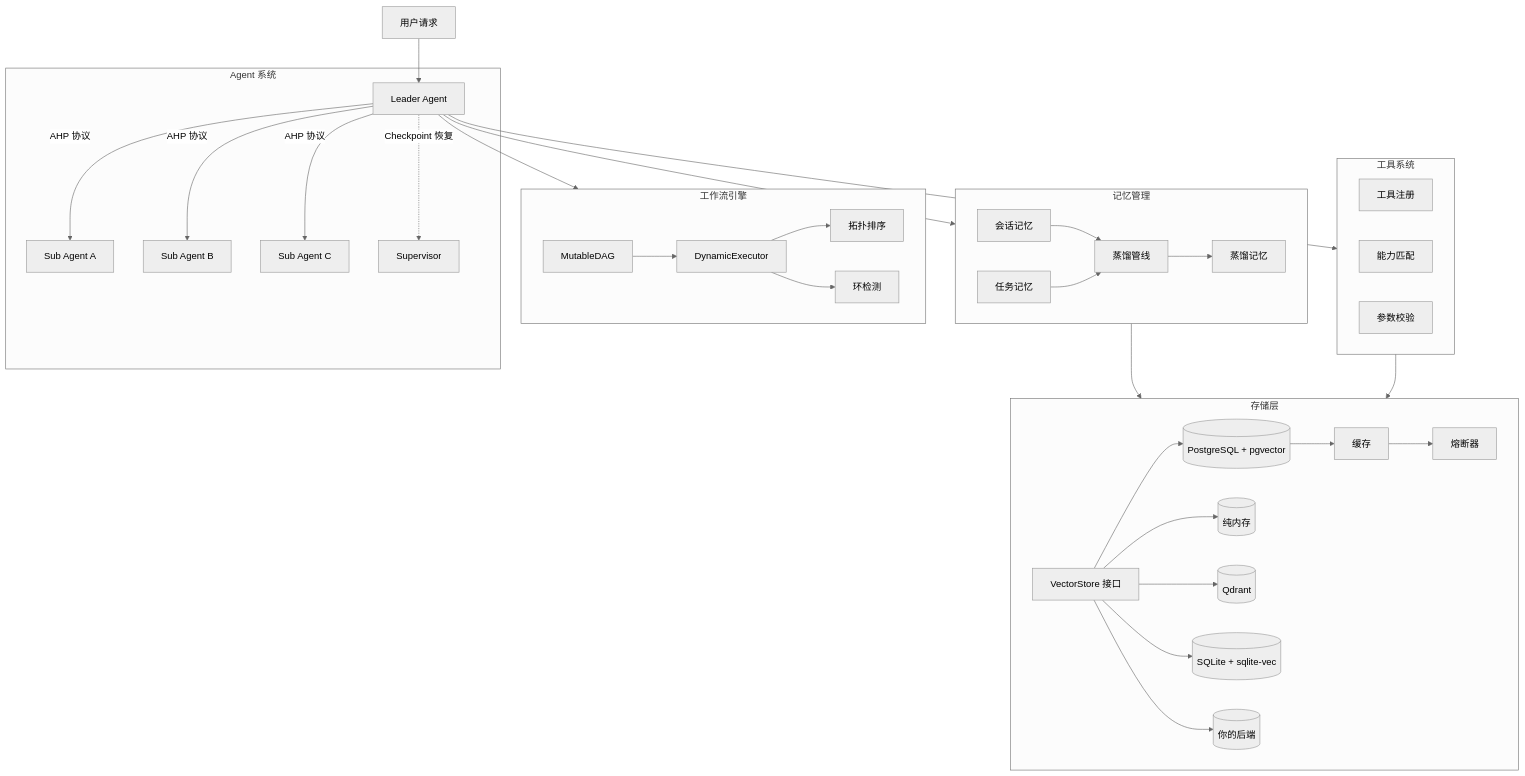
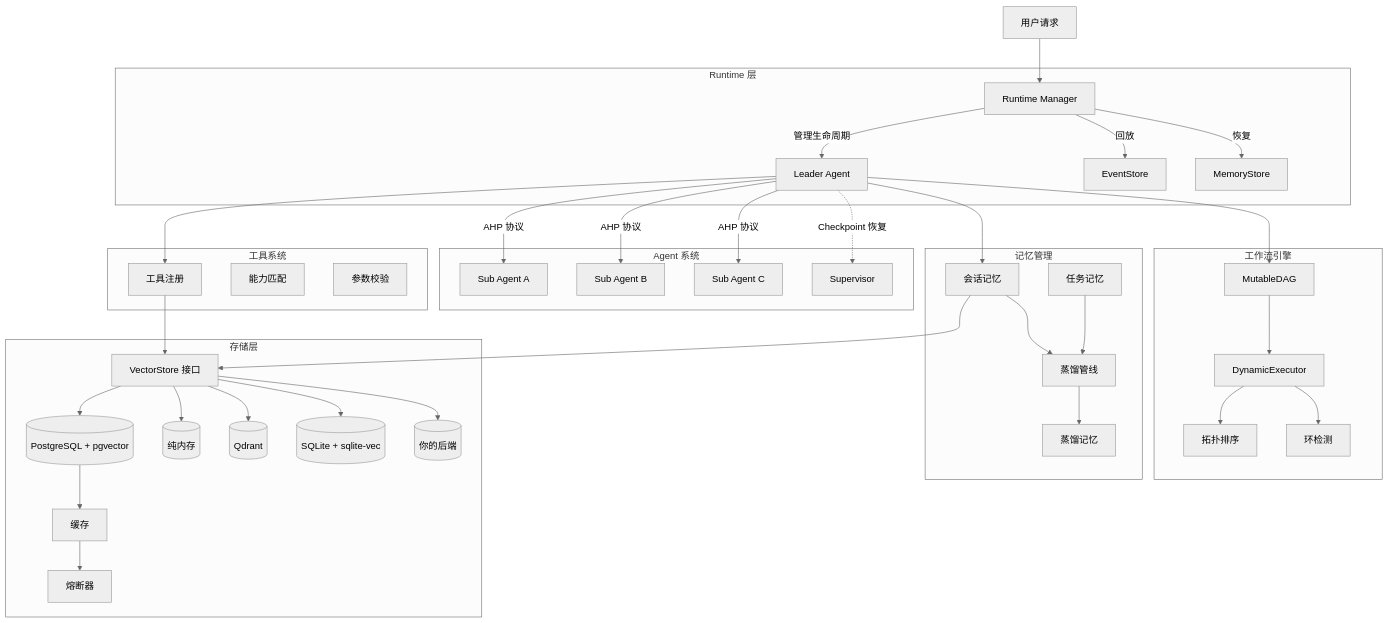
Before and after one commit to Timwood0x10/ARES: the first of 2 diagrams in README_CN.md, drawn with Mermaid (neutral theme). The commit also changed other lines of this file and 117 other files, not shown here.

````diff
--- a/README_CN.md
+++ b/README_CN.md
@@ -19,59 +21,66 @@
 ```mermaid
 graph TB
-    User[用户请求] --> Leader
+    User["用户请求"] --> RT
 
-    subgraph Agent 系统
-        Leader[Leader Agent]
-        Leader -->|AHP 协议| SubA[Sub Agent A]
-        Leader -->|AHP 协议| SubB[Sub Agent B]
-        Leader -->|AHP 协议| SubC[Sub Agent C]
-        Leader -.->|Checkpoint 恢复| Supervisor[Supervisor]
+    subgraph runtime ["Runtime 层"]
+        RT["Runtime Manager"]
+        RT -->|"管理生命周期"| Leader
+        RT -->|"回放"| ES["EventStore"]
+        RT -->|"恢复"| MM["MemoryStore"]
     end
 
-    subgraph 工作流引擎
+    subgraph agents ["Agent 系统"]
+        Leader[Leader Agent]
+        Leader -->|"AHP 协议"| SubA[Sub Agent A]
+        Leader -->|"AHP 协议"| SubB[Sub Agent B]
+        Leader -->|"AHP 协议"| SubC[Sub Agent C]
+        Leader -.->|"Checkpoint 恢复"| Supervisor[Supervisor]
+    end
+
+    subgraph workflow ["工作流引擎"]
         MutableDAG[MutableDAG]
         DynamicExec[DynamicExecutor]
         MutableDAG --> DynamicExec
-        DynamicExec --> TopoSort[拓扑排序]
-        DynamicExec --> CycleDetect[环检测]
+        DynamicExec --> TopoSort["拓扑排序"]
+        DynamicExec --> CycleDetect["环检测"]
     end
 
-    subgraph 记忆管理
-        Session[会话记忆]
-        Task[任务记忆]
-        Distilled[蒸馏记忆]
-        Session --> Pipeline[蒸馏管线]
+    subgraph mem ["记忆管理"]
+        Session["会话记忆"]
+        Task["任务记忆"]
+        Distilled["蒸馏记忆"]
+        Session --> Pipeline["蒸馏管线"]
         Task --> Pipeline
         Pipeline --> Distilled
     end
 
-    subgraph 存储层
+    subgraph stor ["存储层"]
         VS["VectorStore 接口"]
         PG[(PostgreSQL + pgvector)]
-        MEM[(纯内存)]
+        MEM2[(纯内存)]
         QD[(Qdrant)]
         SQL[(SQLite + sqlite-vec)]
         CUSTOM[(你的后端)]
-        Cache[缓存]
-        CB[熔断器]
+        Cache["缓存"]
+        CB["熔断器"]
         VS --> PG
-        VS --> MEM
+        VS --> MEM2
         VS --> QD
         VS --> SQL
         VS --> CUSTOM
         PG --> Cache
         Cache --> CB
     end
 
-    subgraph 工具系统
-        Registry[工具注册]
-        Matcher[能力匹配]
-        Validator[参数校验]
+    subgraph tools ["工具系统"]
+        Registry["工具注册"]
+        Matcher["能力匹配"]
+        Validator["参数校验"]
     end
 
-    Leader --> 工作流引擎
-    Leader --> 记忆管理
-    Leader --> 工具系统
-    记忆管理 --> 存储层
-    工具系统 --> 存储层
+    Leader --> MutableDAG
+    Leader --> Session
+    Leader --> Registry
+    Session --> VS
+    Registry --> VS
 ```
````
